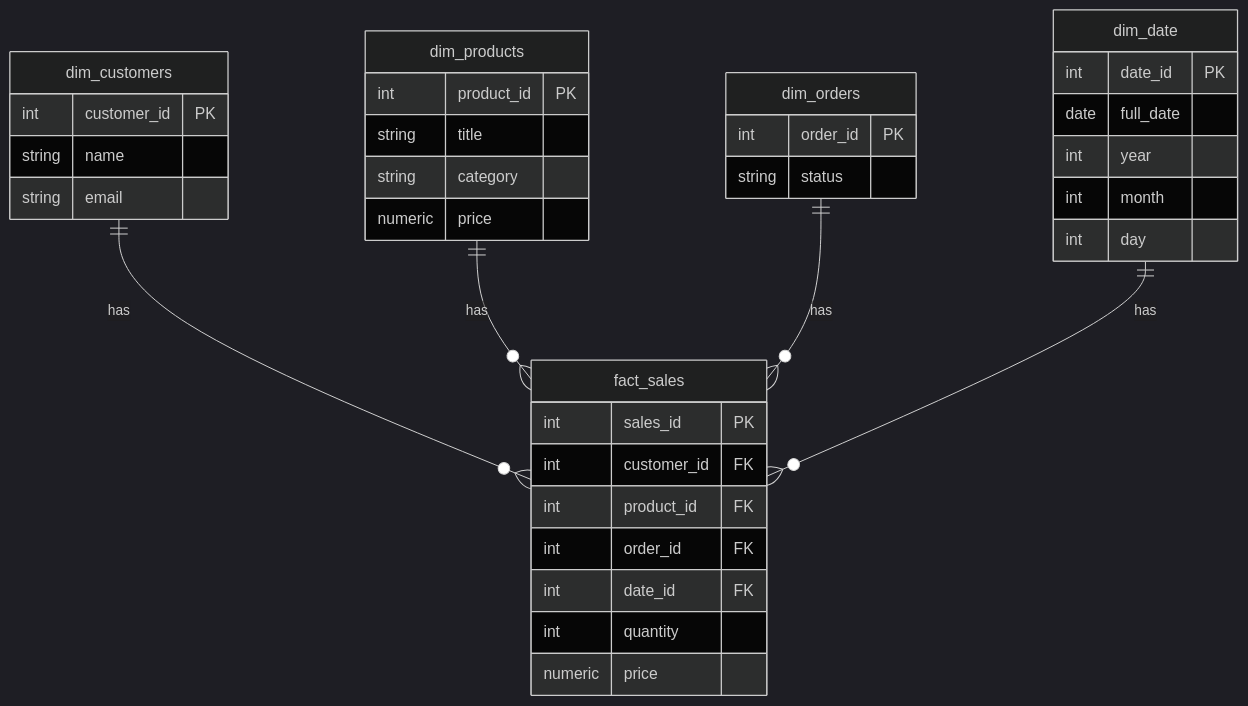
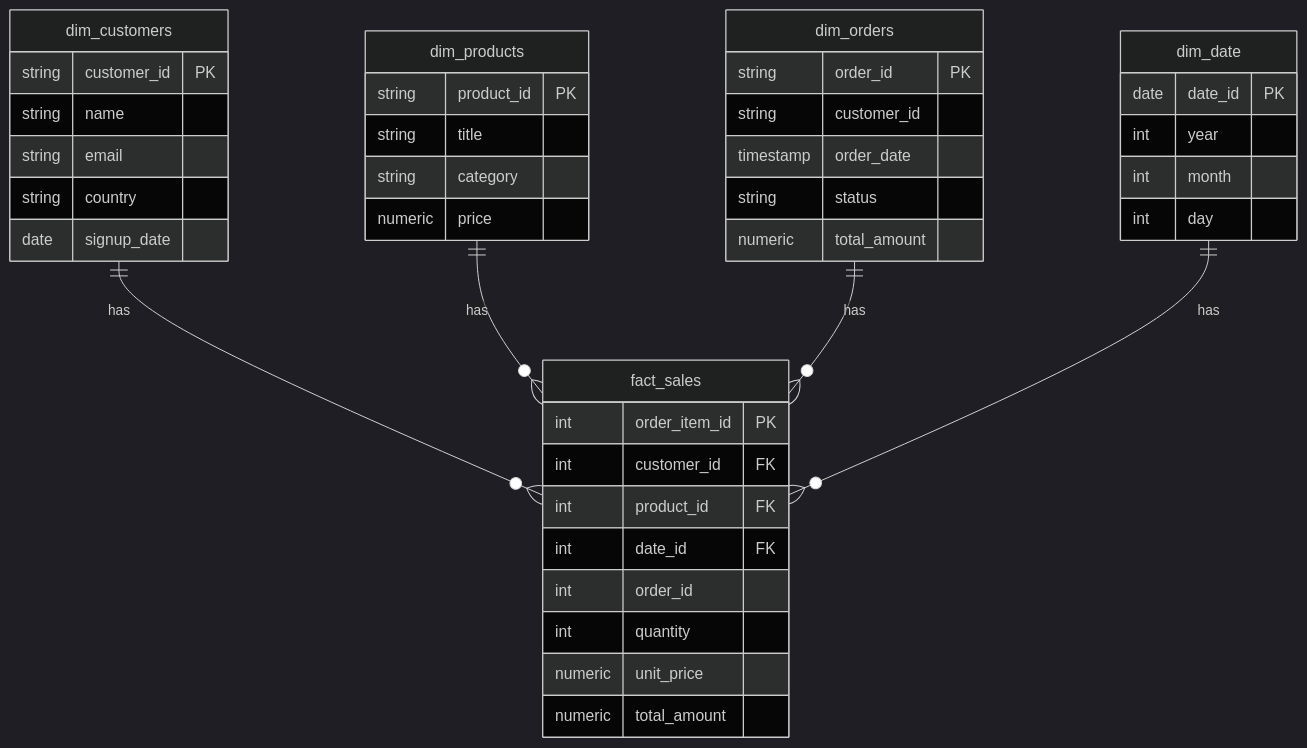
Before and after one commit to Caged1964/E-Commerce-Analytics-Data-Warehouse: the diagram in README.md, drawn with Mermaid (dark theme).

Commit message:
Updating ER diagram in README

````diff
--- a/README.md
+++ b/README.md
@@ -174,43 +174,48 @@
 ```mermaid
 erDiagram
     dim_customers ||--o{ fact_sales : has
     dim_products  ||--o{ fact_sales : has
     dim_orders    ||--o{ fact_sales : has
     dim_date      ||--o{ fact_sales : has
 
     dim_customers {
-      int customer_id PK
+      string customer_id PK
       string name
       string email
+      string country
+      date signup_date
     }
 
     dim_products {
-      int product_id PK
+      string product_id PK
       string title
       string category
       numeric price
     }
 
     dim_orders {
-      int order_id PK
+      string order_id PK
+      string customer_id
+      timestamp order_date
       string status
+      numeric total_amount
     }
 
     dim_date {
-      int date_id PK
-      date full_date
+      date date_id PK
       int year
       int month
       int day
     }
 
     fact_sales {
-      int sales_id PK
+      int order_item_id  PK
       int customer_id FK
       int product_id FK
-      int order_id FK
       int date_id FK
+      int order_id 
       int quantity
-      numeric price
+      numeric unit_price
+      numeric total_amount
     }
 ```
````
